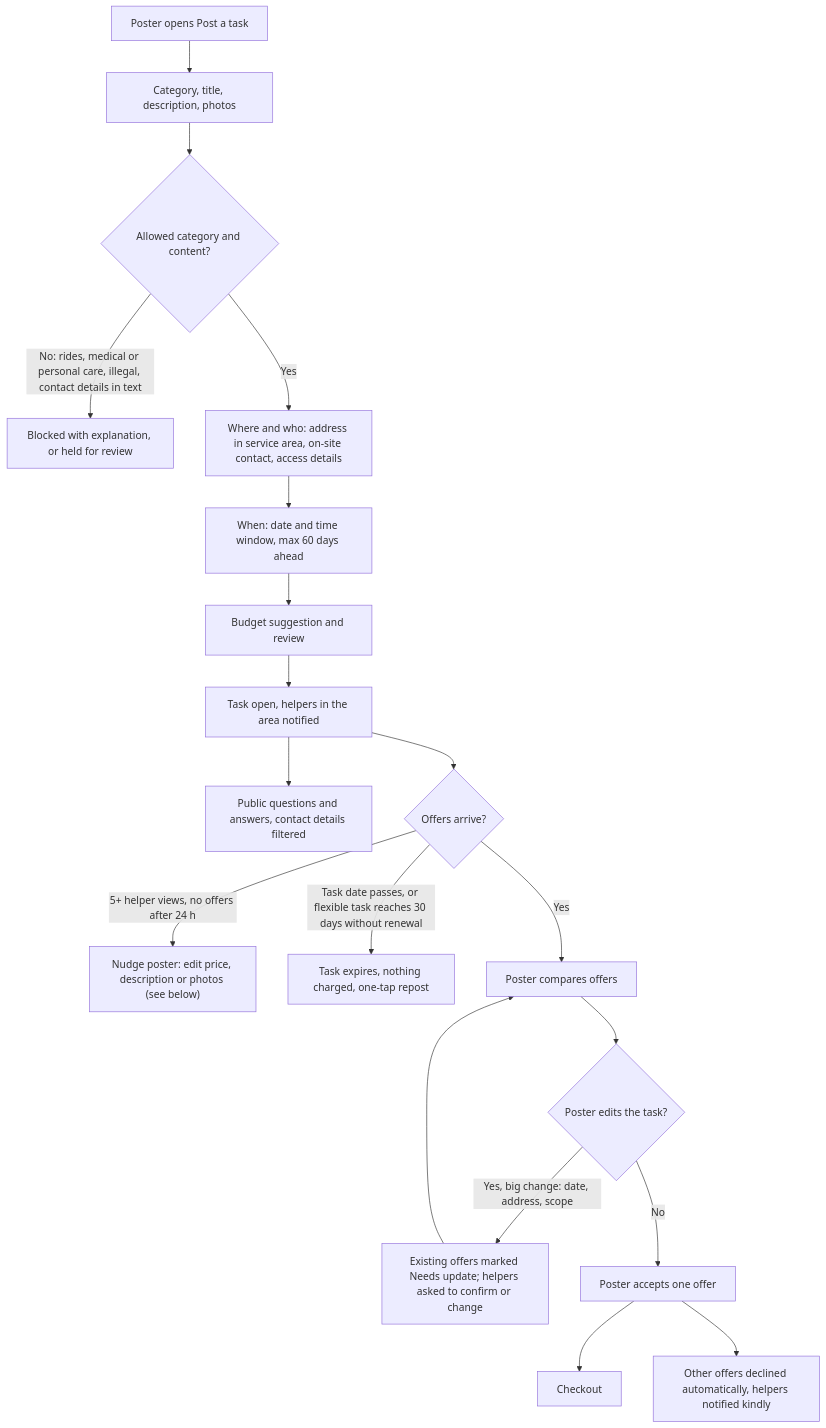
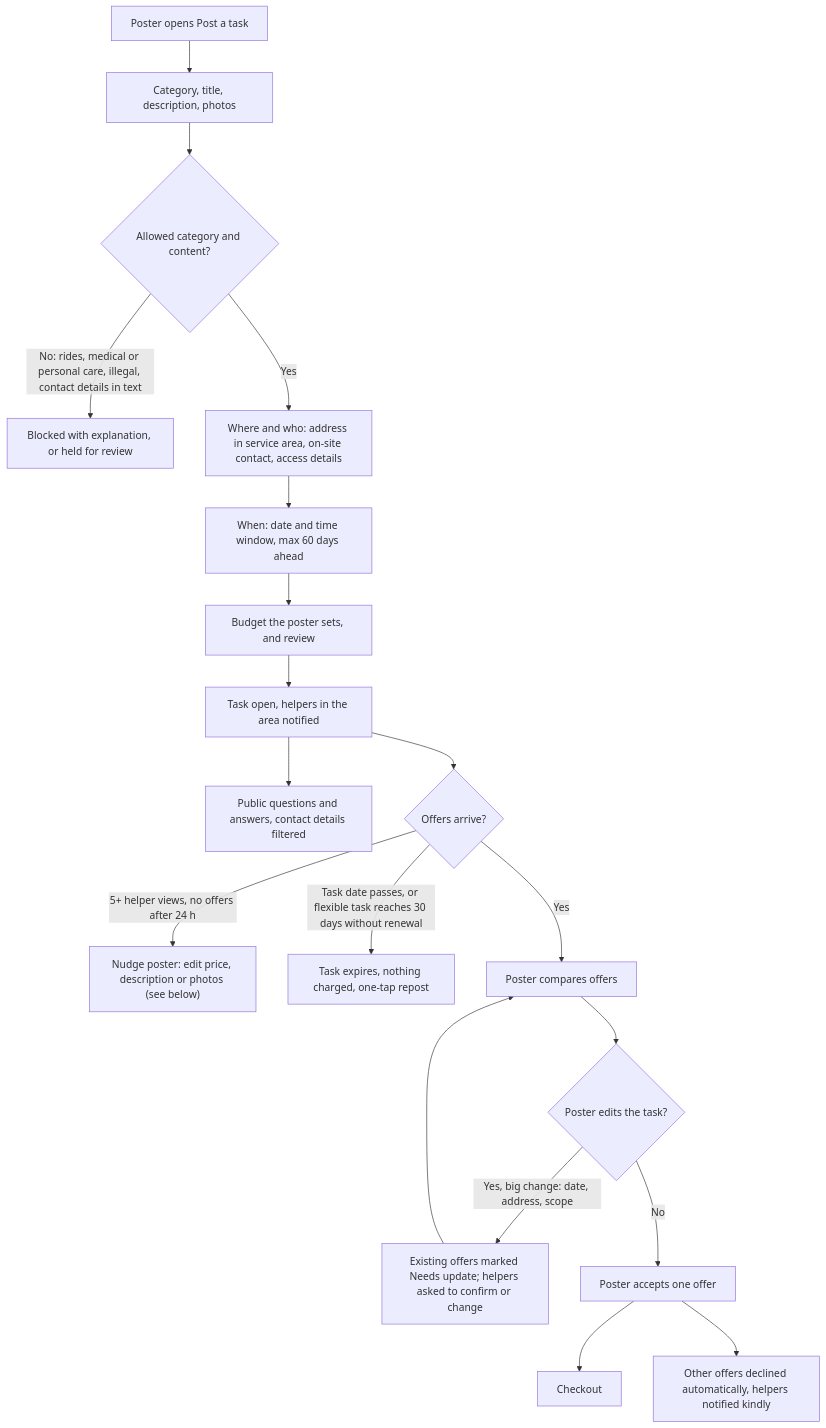
Before and after one commit to tstampfel/taskbeavo-showcase: diagram 15 of 32 in docs/PLAN.md, drawn with Mermaid. The commit also changed other lines of this file and 5 other files, not shown here.

````diff
--- a/docs/PLAN.md
+++ b/docs/PLAN.md
@@ -816,21 +816,21 @@
 ```mermaid
 flowchart TD
     P1["Poster opens Post a task"] --> P2["Category, title, description, photos"]
     P2 --> P3{"Allowed category and content?"}
     P3 -->|"No: rides, medical or personal care, illegal, contact details in text"| P3a["Blocked with explanation, or held for review"]
     P3 -->|Yes| P4["Where and who: address in service area, on-site contact, access details"]
     P4 --> P5["When: date and time window, max 60 days ahead"]
-    P5 --> P6["Budget suggestion and review"]
+    P5 --> P6["Budget the poster sets, and review"]
     P6 --> P7["Task open, helpers in the area notified"]
     P7 --> Q["Public questions and answers, contact details filtered"]
     P7 --> O{"Offers arrive?"}
     O -->|"5+ helper views, no offers after 24 h"| O1["Nudge poster: edit price, description or photos (see below)"]
     O -->|"Task date passes, or flexible task reaches 30 days without renewal"| O2["Task expires, nothing charged, one-tap repost"]
     O -->|Yes| O3["Poster compares offers"]
     O3 --> O4{"Poster edits the task?"}
     O4 -->|"Yes, big change: date, address, scope"| O5["Existing offers marked Needs update; helpers asked to confirm or change"]
     O4 -->|No| O6["Poster accepts one offer"]
     O5 --> O3
     O6 --> CK["Checkout"]
     O6 --> O7["Other offers declined automatically, helpers notified kindly"]
 ```
````
